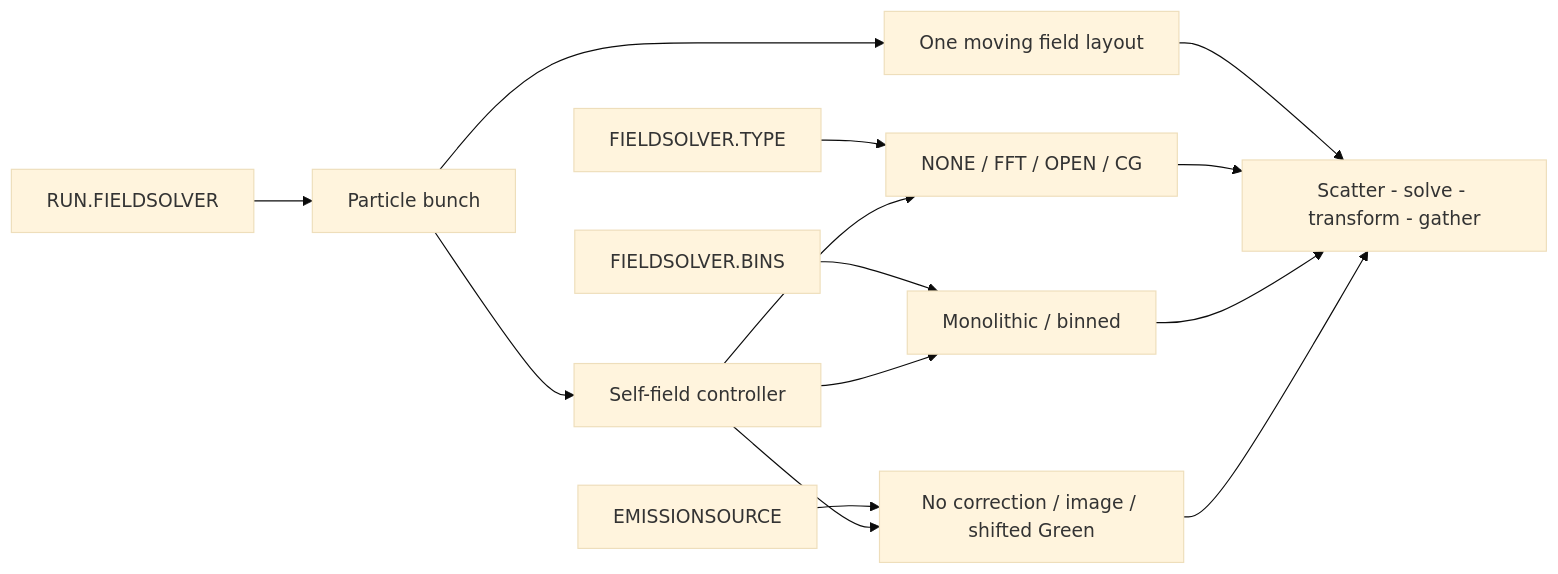
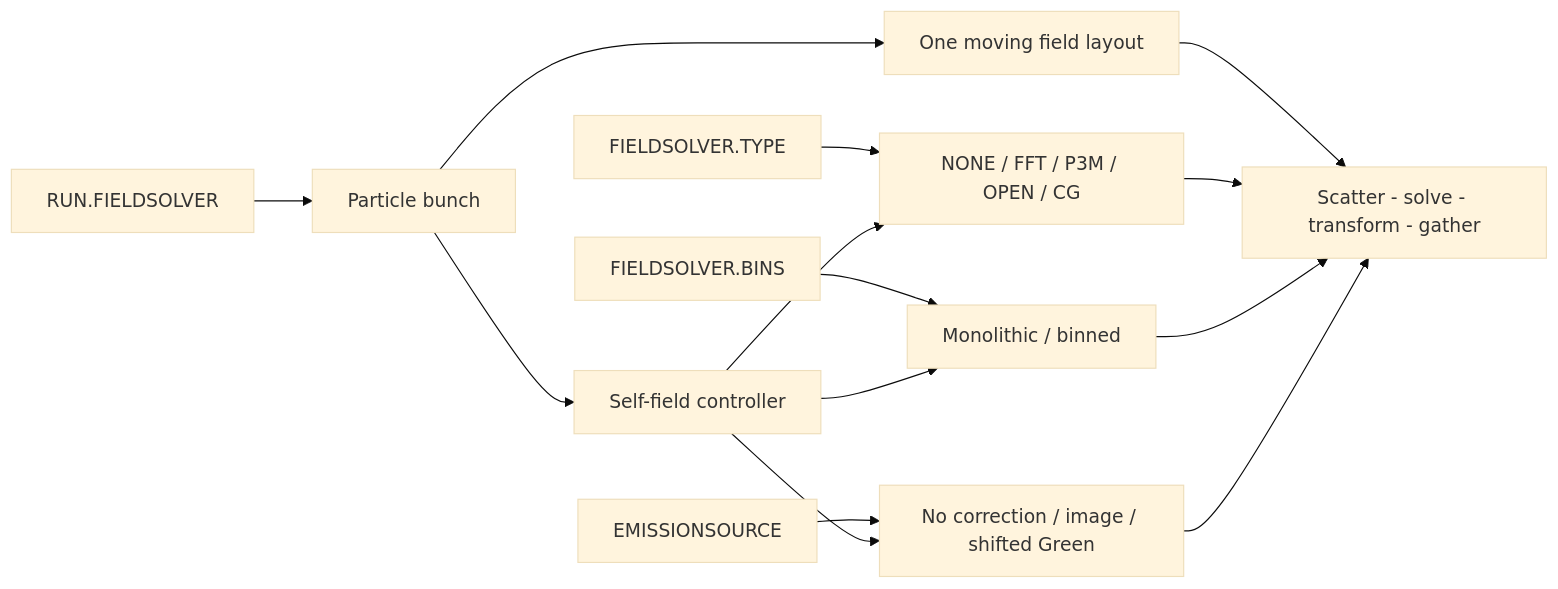
Before and after one commit to OPALX-project/opalx-manual: the diagram in user-guide/field-solver/index.qmd, drawn with Mermaid (base theme). The commit also changed other lines of this file and 7 other files, not shown here.

````diff
--- a/user-guide/field-solver/index.qmd
+++ b/user-guide/field-solver/index.qmd
@@ -149,16 +170,16 @@
 ```{mermaid}
 flowchart LR
     RUN[RUN.FIELDSOLVER] --> PB[Particle bunch]
     PB --> FC[One moving field layout]
     PB --> BFS[Self-field controller]
-    TYPE[FIELDSOLVER.TYPE] --> BACKEND[NONE / FFT / OPEN / CG]
+    TYPE[FIELDSOLVER.TYPE] --> BACKEND[NONE / FFT / P3M / OPEN / CG]
     BINS[FIELDSOLVER.BINS] --> PATH[Monolithic / binned]
     SOURCE[EMISSIONSOURCE] --> CORR[No correction / image / shifted Green]
     BFS --> BACKEND
     BFS --> PATH
     BFS --> CORR
     FC --> PIC[Scatter - solve - transform - gather]
     BACKEND --> PIC
     PATH --> PIC
     CORR --> PIC
 ```
````
